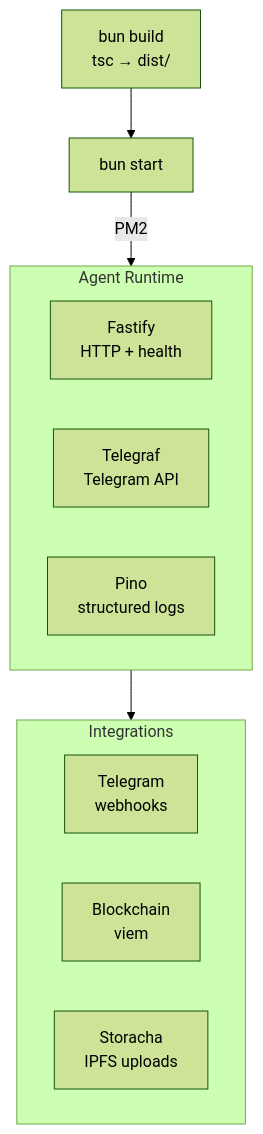
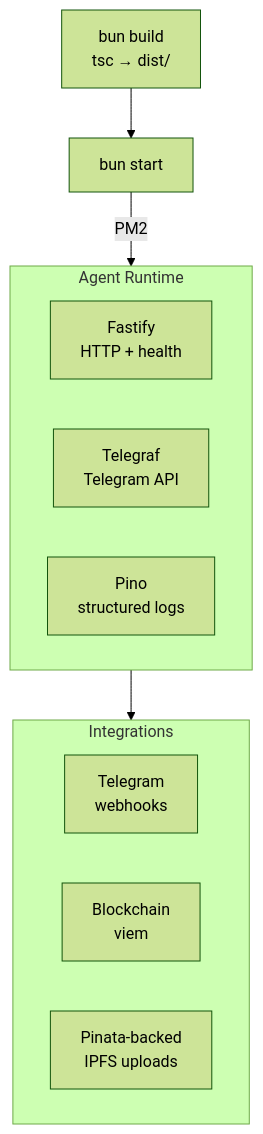
The diagram in docs/docs/builders/deployments/agent-deploy.mdx (greenpill-dev-guild/green-goods), drawn with Mermaid (forest theme) before and after one commit. The commit also changed other lines of this file and 28 other files, not shown here.

````diff
--- a/docs/docs/builders/deployments/agent-deploy.mdx
+++ b/docs/docs/builders/deployments/agent-deploy.mdx
@@ -18,20 +18,20 @@
 ```mermaid
 graph TB
     Build["bun build\ntsc → dist/"] --> Start["bun start"]
 
     subgraph Runtime["Agent Runtime"]
         Fastify["Fastify\nHTTP + health"]
         Telegraf["Telegraf\nTelegram API"]
         Pino["Pino\nstructured logs"]
     end
 
     Start -->|PM2| Runtime
 
     subgraph Integrations
         TG["Telegram\nwebhooks"]
         Chain["Blockchain\nviem"]
-        IPFS["Storacha\nIPFS uploads"]
+        IPFS["Pinata-backed\nIPFS uploads"]
     end
 
     Runtime --> Integrations
 ```
````
